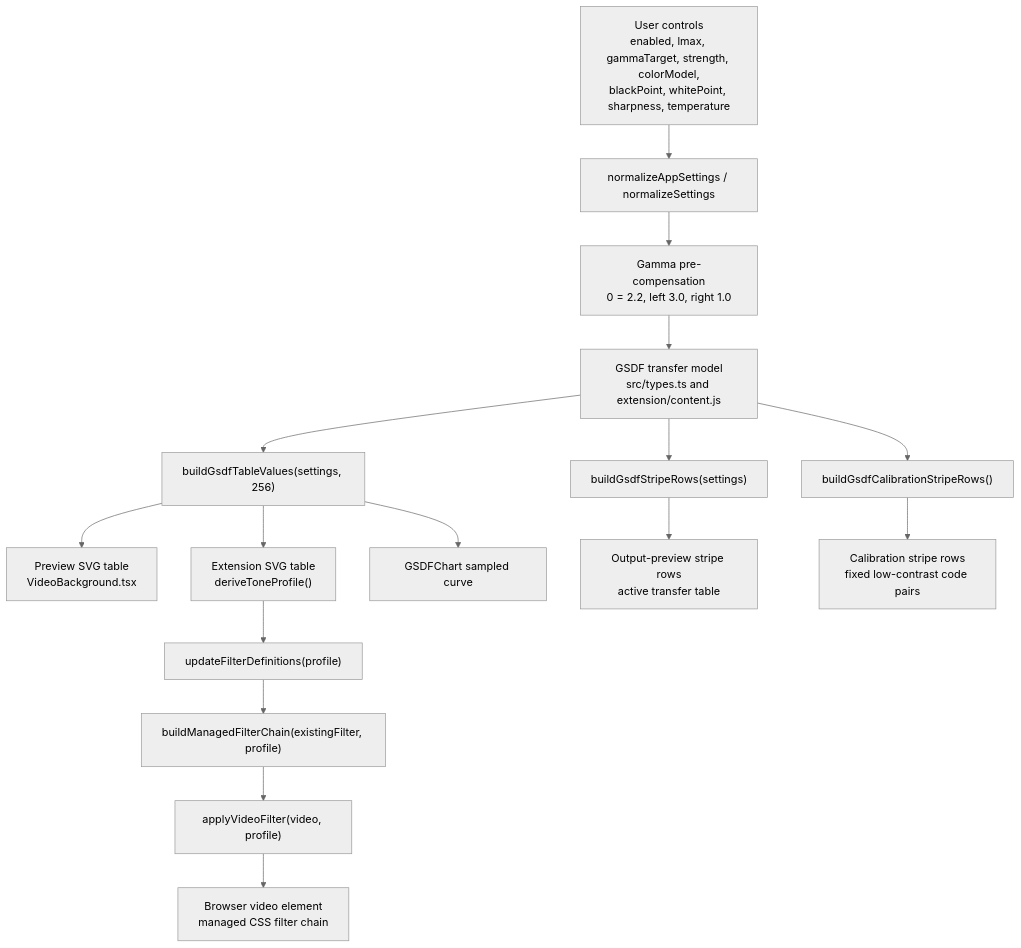
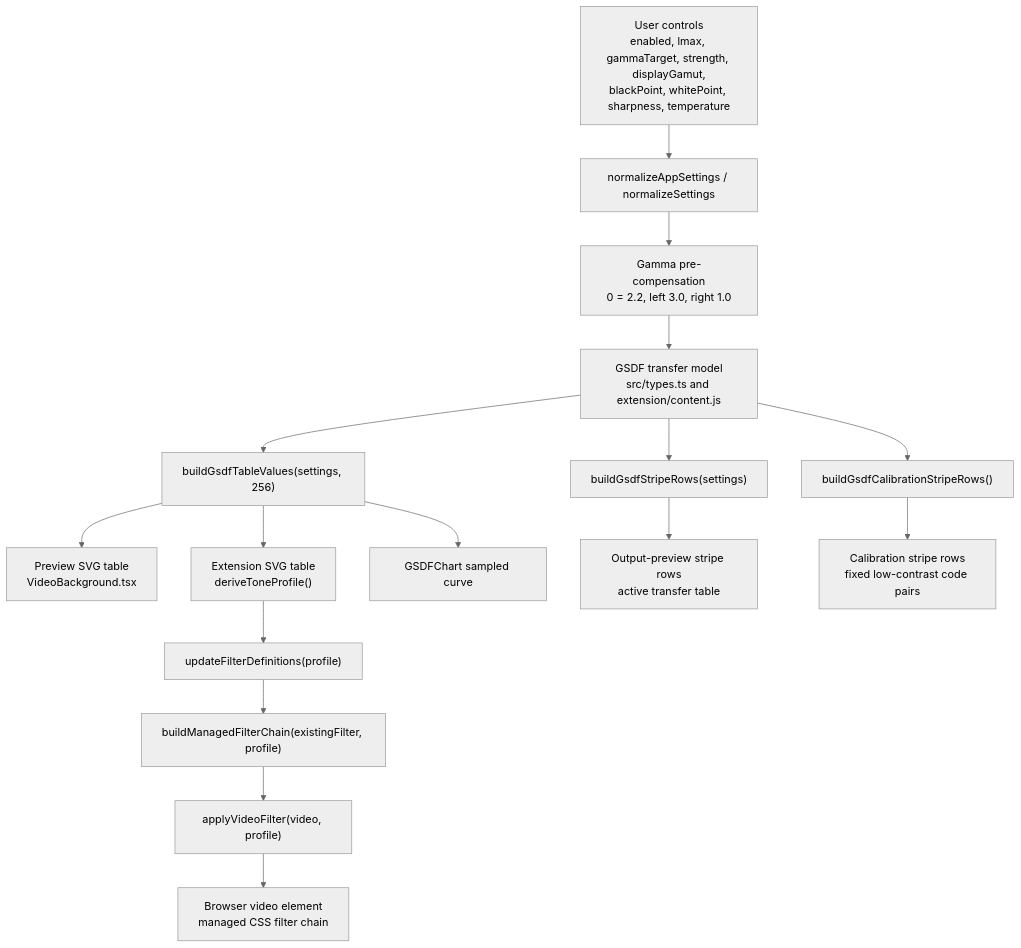
Before and after one commit to pingqLIN/gsdf-eotf-video-adjuster: the first of 3 diagrams in docs/gsdf-model.md, drawn with Mermaid (neutral theme). The commit also changed other lines of this file and 19 other files, not shown here.

Commit message:
Add CSDF-inspired display gamut controls

````diff
--- a/docs/gsdf-model.md
+++ b/docs/gsdf-model.md
@@ -80,18 +80,18 @@
 ```mermaid
 flowchart TD
-  A["User controls<br/>enabled, lmax, gammaTarget, strength, colorModel,<br/>blackPoint, whitePoint, sharpness, temperature"] --> B["normalizeAppSettings / normalizeSettings"]
+  A["User controls<br/>enabled, lmax, gammaTarget, strength, displayGamut,<br/>blackPoint, whitePoint, sharpness, temperature"] --> B["normalizeAppSettings / normalizeSettings"]
   B --> C["Gamma pre-compensation<br/>0 = 2.2, left 3.0, right 1.0"]
   C --> D["GSDF transfer model<br/>src/types.ts and extension/content.js"]
   D --> E["buildGsdfTableValues(settings, 256)"]
   D --> F["buildGsdfStripeRows(settings)"]
   D --> G["buildGsdfCalibrationStripeRows()"]
   E --> H["Preview SVG table<br/>VideoBackground.tsx"]
   E --> I["Extension SVG table<br/>deriveToneProfile()"]
   E --> J["GSDFChart sampled curve"]
   F --> K["Output-preview stripe rows<br/>active transfer table"]
   G --> L["Calibration stripe rows<br/>fixed low-contrast code pairs"]
   I --> M["updateFilterDefinitions(profile)"]
   M --> N["buildManagedFilterChain(existingFilter, profile)"]
   N --> O["applyVideoFilter(video, profile)"]
   O --> P["Browser video element<br/>managed CSS filter chain"]
 ```
````
